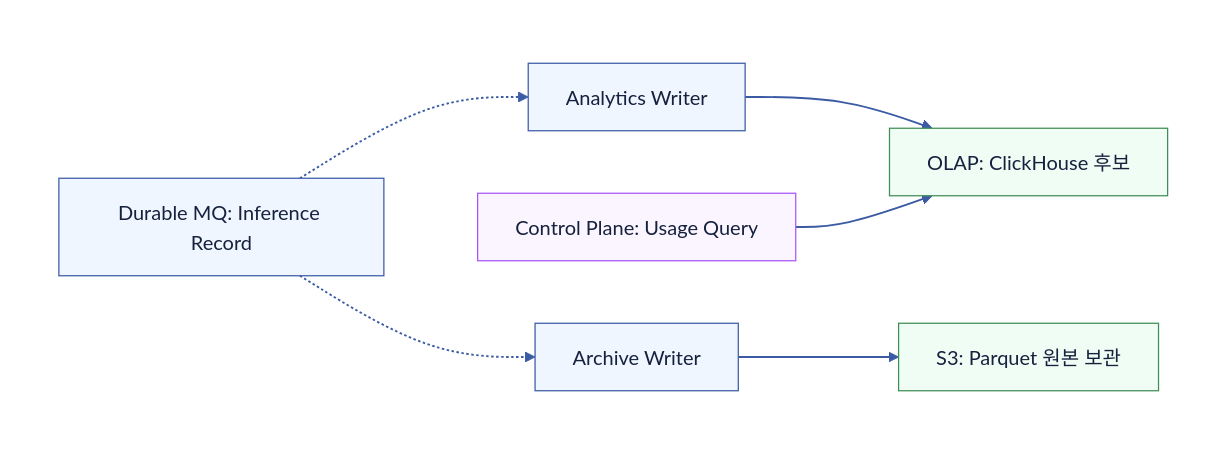
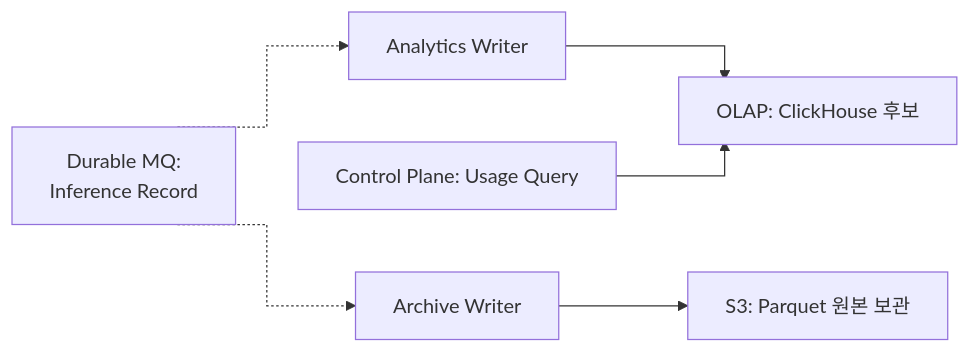
The diagram in system-design/2608-admission-control/2608-admission-control.md (Hyune-s-lab/my-ai-study), drawn with Mermaid before and after one commit. The commit also changed other lines of this file and 49 other files, not shown here.

Commit message:
docs: 단순 다이어그램은 Mermaid로, 복잡한 배치는 SVG로 정리

````diff
--- a/system-design/2608-admission-control/2608-admission-control.md
+++ b/system-design/2608-admission-control/2608-admission-control.md
@@ -140,27 +61,15 @@
 ```mermaid
 flowchart LR
-%%{init: {"theme": "base", "darkMode": false, "themeVariables": {"background": "#ffffff", "primaryColor": "#EFF6FF", "primaryTextColor": "#16213E", "primaryBorderColor": "#3B5BA5", "secondaryColor": "#F0FDF4", "tertiaryColor": "#FAF5FF", "lineColor": "#3B5BA5", "textColor": "#16213E", "edgeLabelBackground": "#ffffff", "clusterBkg": "#F8FAFC", "clusterBorder": "#CBD5E1"}}}%%
-  subgraph canvas[" "]
-    direction LR
-    mq["Durable MQ: Inference Record"]
-    writer["Analytics Writer"]
-    archive["Archive Writer"]
-    olap["OLAP: ClickHouse 후보"]
-    s3["S3: Parquet 원본 보관"]
-    query["Control Plane: Usage Query"]
-    mq -.-> writer
-    mq -.-> archive
-    writer --> olap
-    archive --> s3
-    query --> olap
-  end
-  style canvas fill:#ffffff,stroke:#ffffff,color:#111827
-  linkStyle default stroke:#3B5BA5,stroke-width:1.5px
-  classDef app fill:#EFF6FF,stroke:#3B5BA5,stroke-width:1px,color:#16213E
-  class mq,writer,archive app
-  classDef db fill:#F0FDF4,stroke:#3F8E55,stroke-width:1px,color:#16213E
-  class olap,s3 db
-  classDef policy fill:#FAF5FF,stroke:#A855F7,stroke-width:1px,color:#16213E
-  class query policy
-  classDef worker fill:#FFF7ED,stroke:#C98A2B,stroke-width:1px,color:#16213E
+%%{init: {"flowchart": {"curve": "stepAfter", "wrappingWidth": 400}}}%%
+  n_mq["Durable MQ:<br/>Inference Record"]
+  n_writer["Analytics Writer"]
+  n_archive["Archive Writer"]
+  n_olap["OLAP: ClickHouse 후보"]
+  n_s3["S3: Parquet 원본 보관"]
+  n_query["Control Plane: Usage Query"]
+  n_mq -.-> n_writer
+  n_mq -.-> n_archive
+  n_writer --> n_olap
+  n_archive --> n_s3
+  n_query --> n_olap
 ```
````
